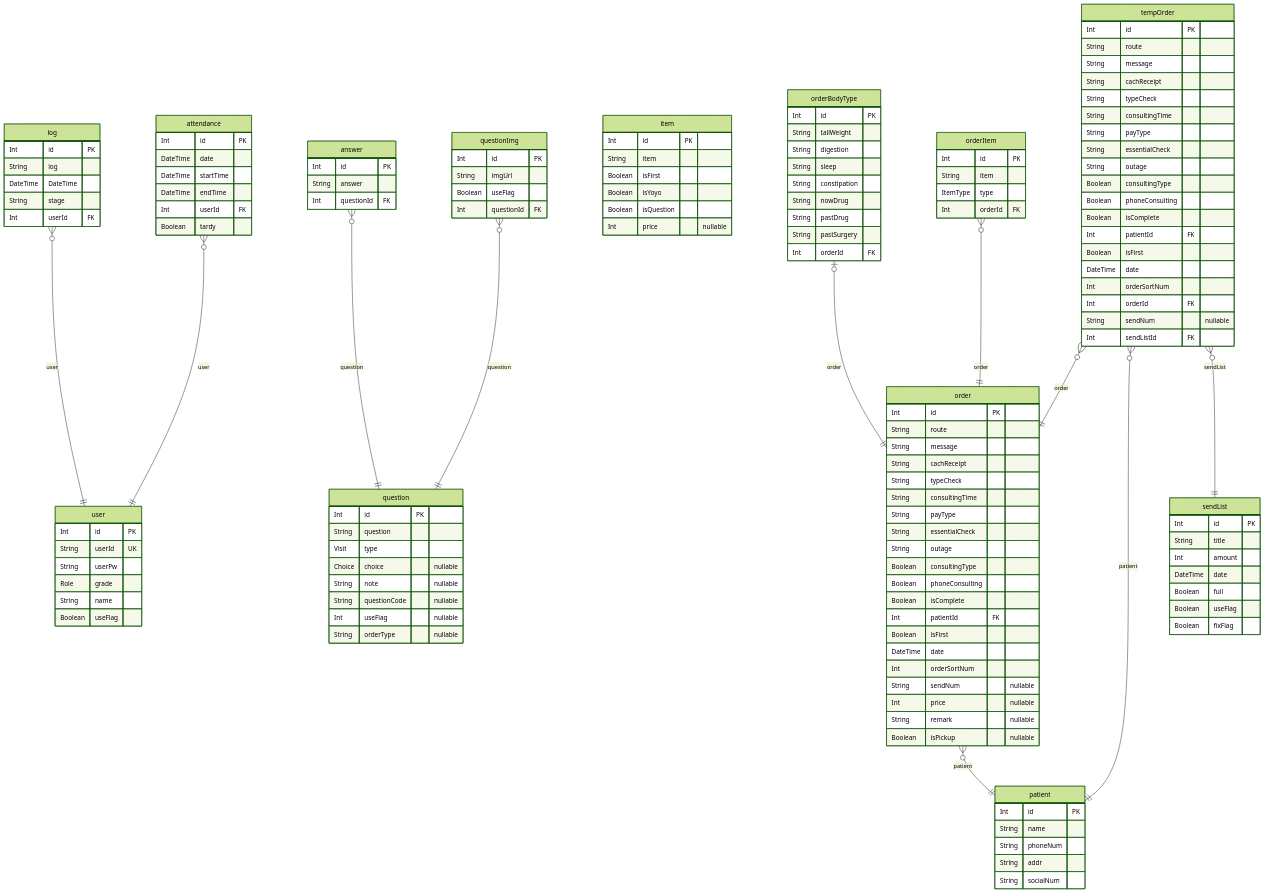
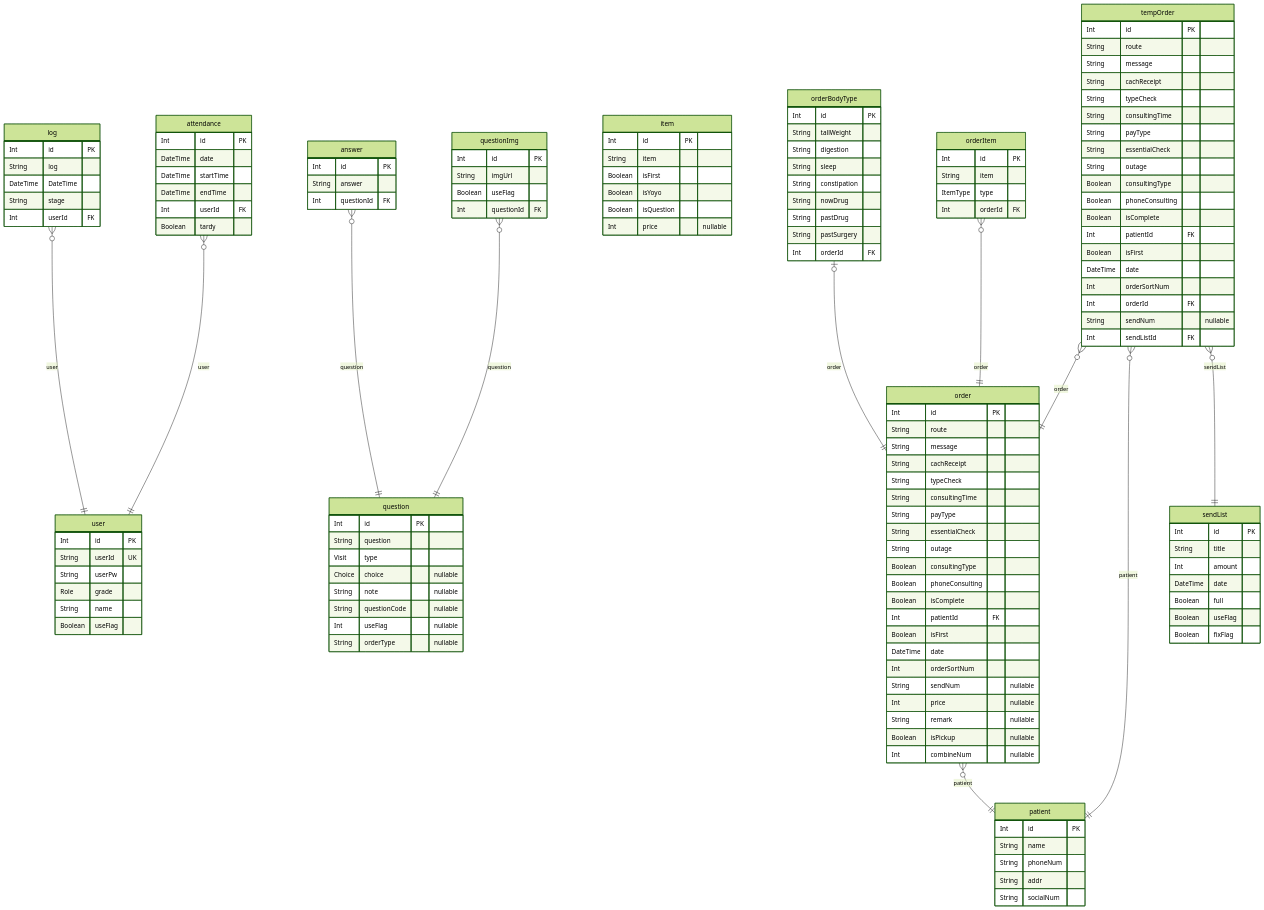
The diagram in prisma/ERD.md (CobitionOrg/chamServer-erp), drawn with Mermaid (forest theme) before and after one commit. The commit also changed other lines of this file and 5 other files, not shown here.

```diff
--- a/prisma/ERD.md
+++ b/prisma/ERD.md
@@ -86,6 +86,7 @@
   Int price "nullable"
   String remark "nullable"
   Boolean isPickup "nullable"
+  Int combineNum "nullable"
 }
 "tempOrder" {
   Int id PK
```
